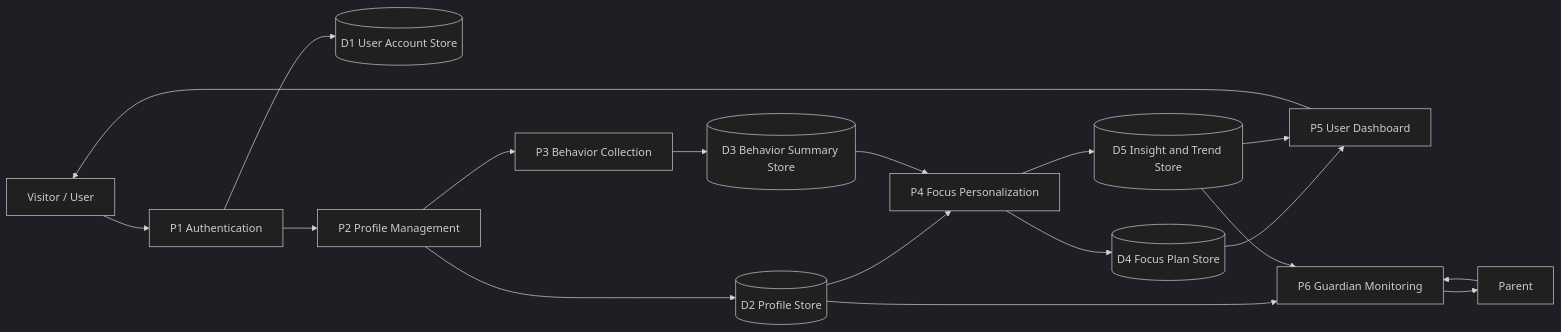
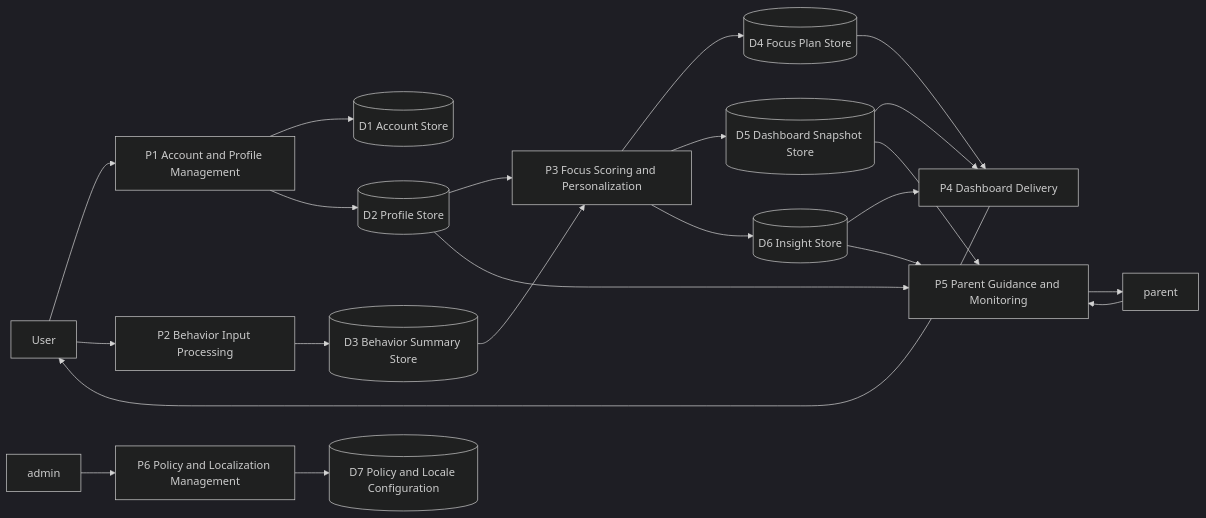
The fourth of 8 diagrams in ARCHITECTURE_DIAGRAM.md (BasantSaad/brain-rot-X-BRAIN-BOOST), drawn with Mermaid (dark theme) before and after one commit. The commit also changed other lines of this file, not shown here.

Commit message:
update diagrams

````diff
--- a/ARCHITECTURE_DIAGRAM.md
+++ b/ARCHITECTURE_DIAGRAM.md
@@ -60,20 +104,29 @@
 ```mermaid
 flowchart LR
-    ext1["Visitor / User"] --> p1["P1 Authentication"]
-    p1 --> d1[("D1 User Account Store")]
-    p1 --> p2["P2 Profile Management"]
-    p2 --> d2[("D2 Profile Store")]
-    p2 --> p3["P3 Behavior Collection"]
-    p3 --> d3[("D3 Behavior Summary Store")]
-    d2 --> p4["P4 Focus Personalization"]
-    d3 --> p4
-    p4 --> d4[("D4 Focus Plan Store")]
-    p4 --> d5[("D5 Insight and Trend Store")]
-    d4 --> p5["P5 User Dashboard"]
+    user["User"] --> p1["P1 Account and Profile Management"]
+    p1 --> d1[("D1 Account Store")]
+    p1 --> d2[("D2 Profile Store")]
+
+    user --> p2["P2 Behavior Input Processing"]
+    p2 --> d3[("D3 Behavior Summary Store")]
+
+    d2 --> p3["P3 Focus Scoring and Personalization"]
+    d3 --> p3
+    p3 --> d4[("D4 Focus Plan Store")]
+    p3 --> d5[("D5 Dashboard Snapshot Store")]
+    p3 --> d6[("D6 Insight Store")]
+
+    d4 --> p4["P4 Dashboard Delivery"]
+    d5 --> p4
+    d6 --> p4
+    p4 --> user
+
+    parent --> p5["P5 Parent Guidance and Monitoring"]
+    d2 --> p5
     d5 --> p5
-    p5 --> ext1
-    ext2["Parent"] --> p6["P6 Guardian Monitoring"]
-    d2 --> p6
-    d5 --> p6
-    p6 --> ext2
+    d6 --> p5
+    p5 --> parent
+
+    admin --> p6["P6 Policy and Localization Management"]
+    p6 --> d7[("D7 Policy and Locale Configuration")]
 ```
````
